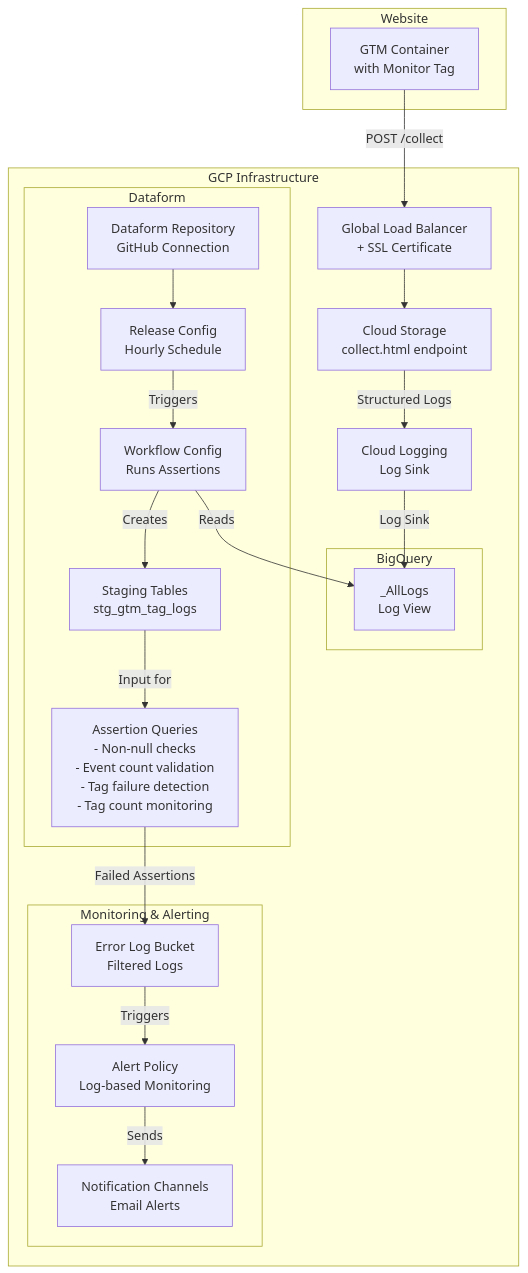
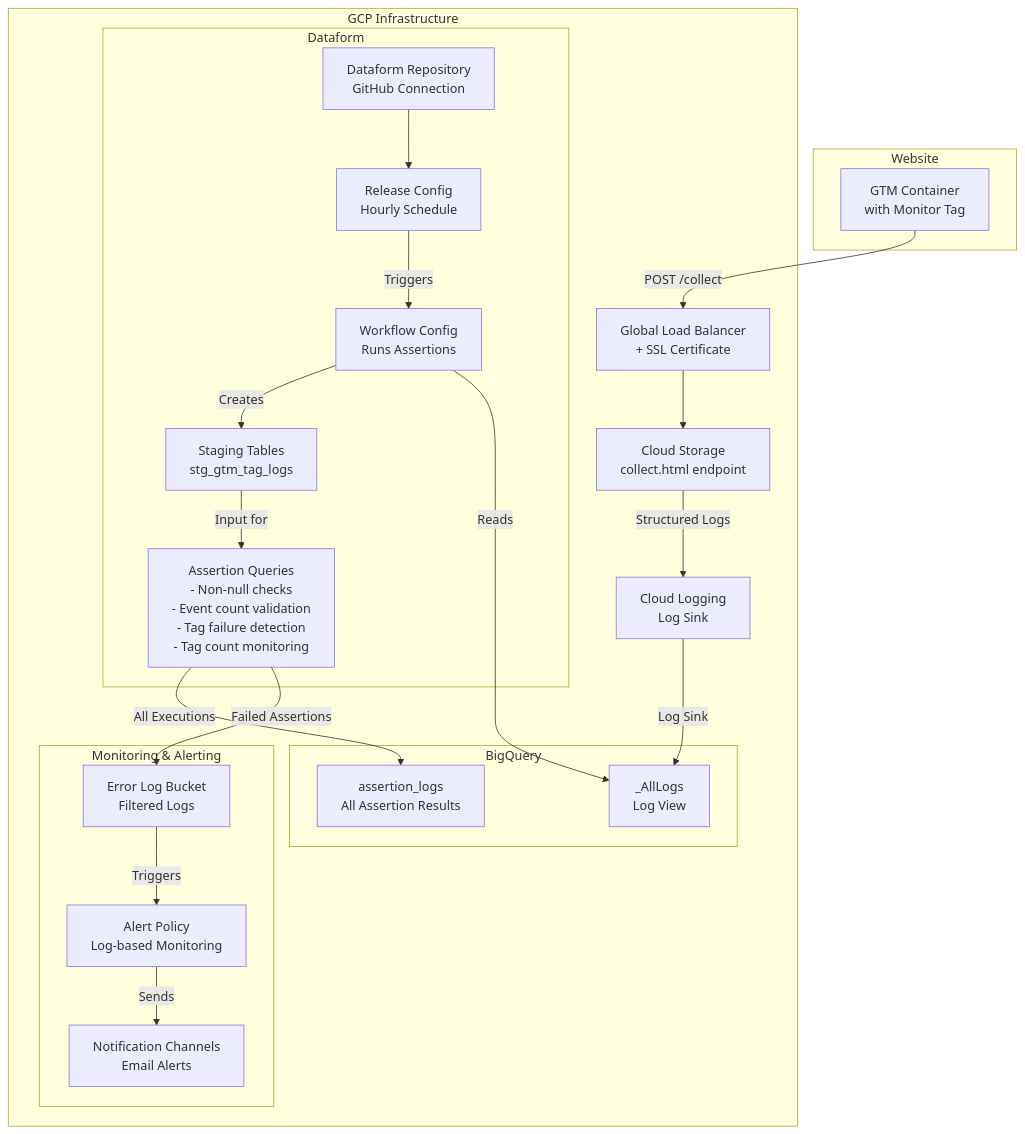
Before and after one commit to netzstrategen/gtm-monitoring-gcp: the diagram in README_DRAFT.md, drawn with Mermaid.

````diff
--- a/README_DRAFT.md
+++ b/README_DRAFT.md
@@ -11,45 +11,47 @@
 ```mermaid
 graph TB
     subgraph "Website"
         GTM[GTM Container<br/>with Monitor Tag]
     end
     
     subgraph "GCP Infrastructure"
         LB[Global Load Balancer<br/>+ SSL Certificate]
         GCS[Cloud Storage<br/>collect.html endpoint]
         Logs[Cloud Logging<br/>Log Sink]
         
         subgraph "BigQuery"
             LogView[_AllLogs<br/>Log View]
+            AssertionLogs[assertion_logs<br/>All Assertion Results]
         end
         
         subgraph "Dataform"
             DF_Repo[Dataform Repository<br/>GitHub Connection]
             DF_Release[Release Config<br/>Hourly Schedule]
             DF_Workflow[Workflow Config<br/>Runs Assertions]
             Staging[Staging Tables<br/>stg_gtm_tag_logs]
             DF_Assert[Assertion Queries<br/>- Non-null checks<br/>- Event count validation<br/>- Tag failure detection<br/>- Tag count monitoring]
         end
         
         subgraph "Monitoring & Alerting"
             ErrorBucket[Error Log Bucket<br/>Filtered Logs]
             AlertPolicy[Alert Policy<br/>Log-based Monitoring]
             NotifChannel[Notification Channels<br/>Email Alerts]
         end
     end
     
     GTM -->|POST /collect| LB
     LB --> GCS
     GCS -->|Structured Logs| Logs
     Logs -->|Log Sink| LogView
     
     DF_Repo --> DF_Release
     DF_Release -->|Triggers| DF_Workflow
     DF_Workflow -->|Reads| LogView
     DF_Workflow -->|Creates| Staging
     Staging -->|Input for| DF_Assert
     
     DF_Assert -->|Failed Assertions| ErrorBucket
+    DF_Assert -->|All Executions| AssertionLogs
     ErrorBucket -->|Triggers| AlertPolicy
     AlertPolicy -->|Sends| NotifChannel
 ```
````
